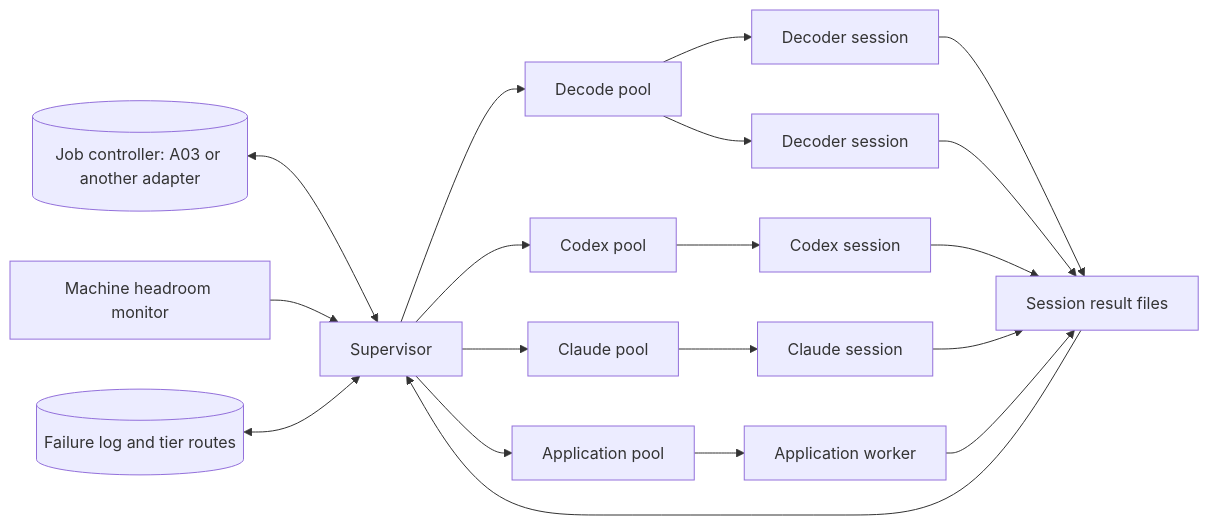
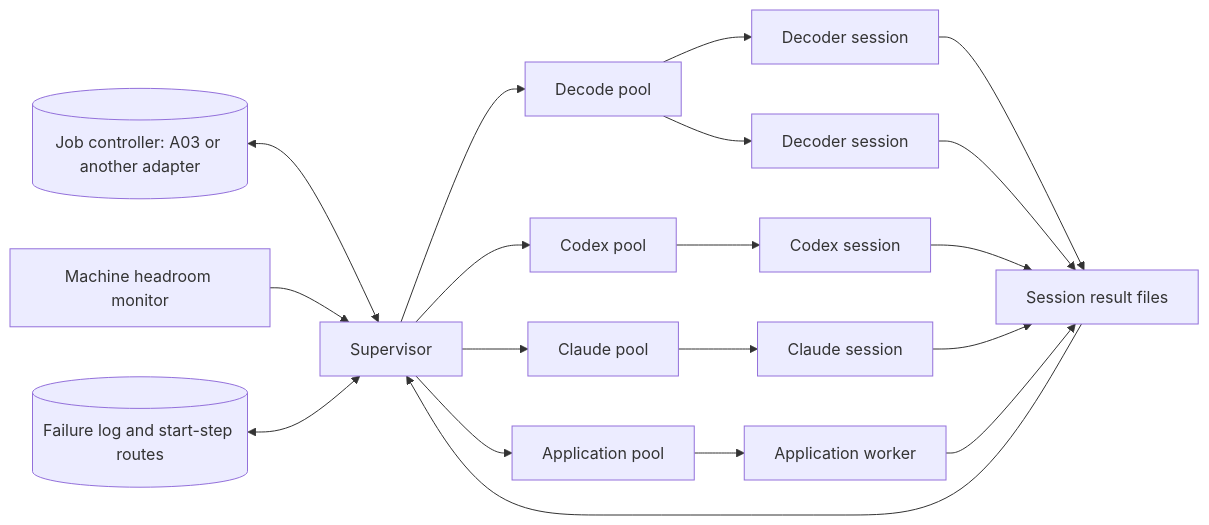
The diagram in Documentation/Reference/Research/ParallelSessions.md (Stephen316/Kit), drawn with Mermaid before and after one commit. The commit also changed other lines of this file and 4 other files, not shown here.

````diff
--- a/Documentation/Reference/Research/ParallelSessions.md
+++ b/Documentation/Reference/Research/ParallelSessions.md
@@ -31,21 +31,21 @@
 ```mermaid
 flowchart LR
     L[(Job controller: A03 or another adapter)] <--> S[Supervisor]
     S --> P1[Decode pool]
     S --> P2[Codex pool]
     S --> P4[Claude pool]
     S --> P3[Application pool]
     P1 --> D1[Decoder session]
     P1 --> D2[Decoder session]
     P2 --> C1[Codex session]
     P4 --> K1[Claude session]
     P3 --> A1[Application worker]
     D1 --> R[Session result files]
     D2 --> R
     C1 --> R
     K1 --> R
     A1 --> R
     R --> S
     M[Machine headroom monitor] --> S
-    F[(Failure log and tier routes)] <--> S
+    F[(Failure log and start-step routes)] <--> S
 ```
````
